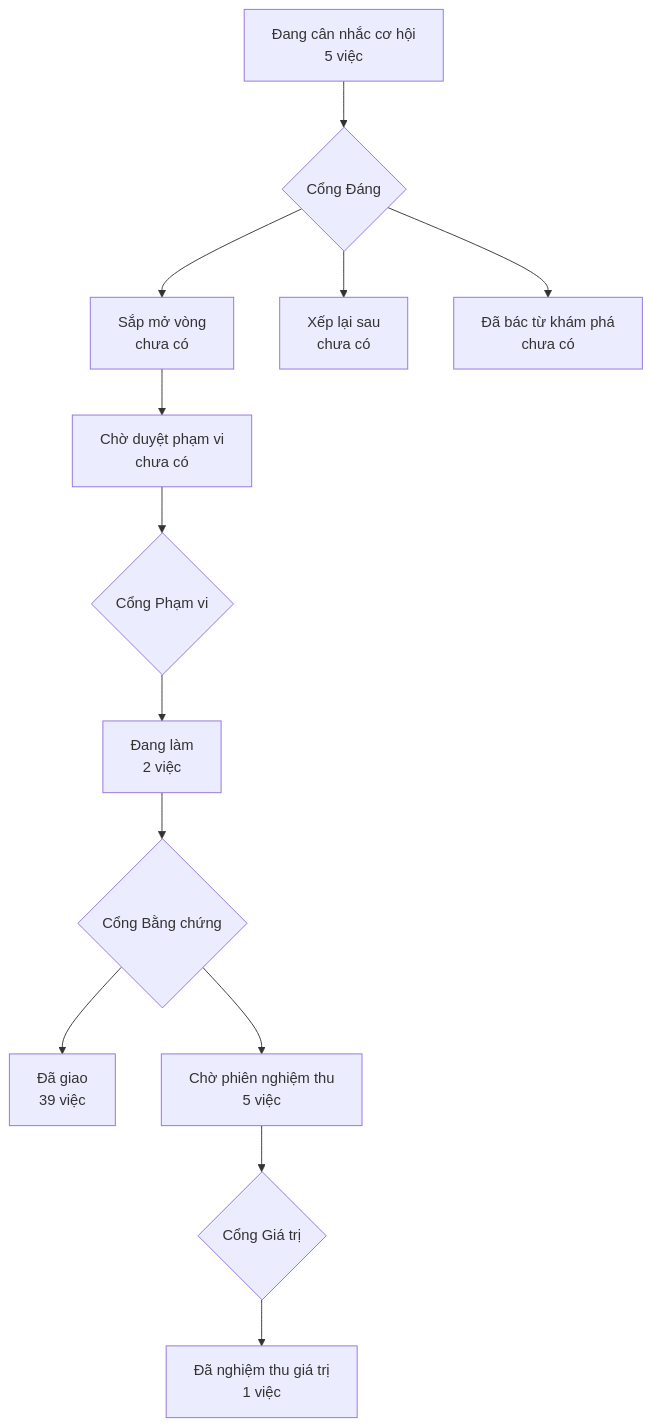
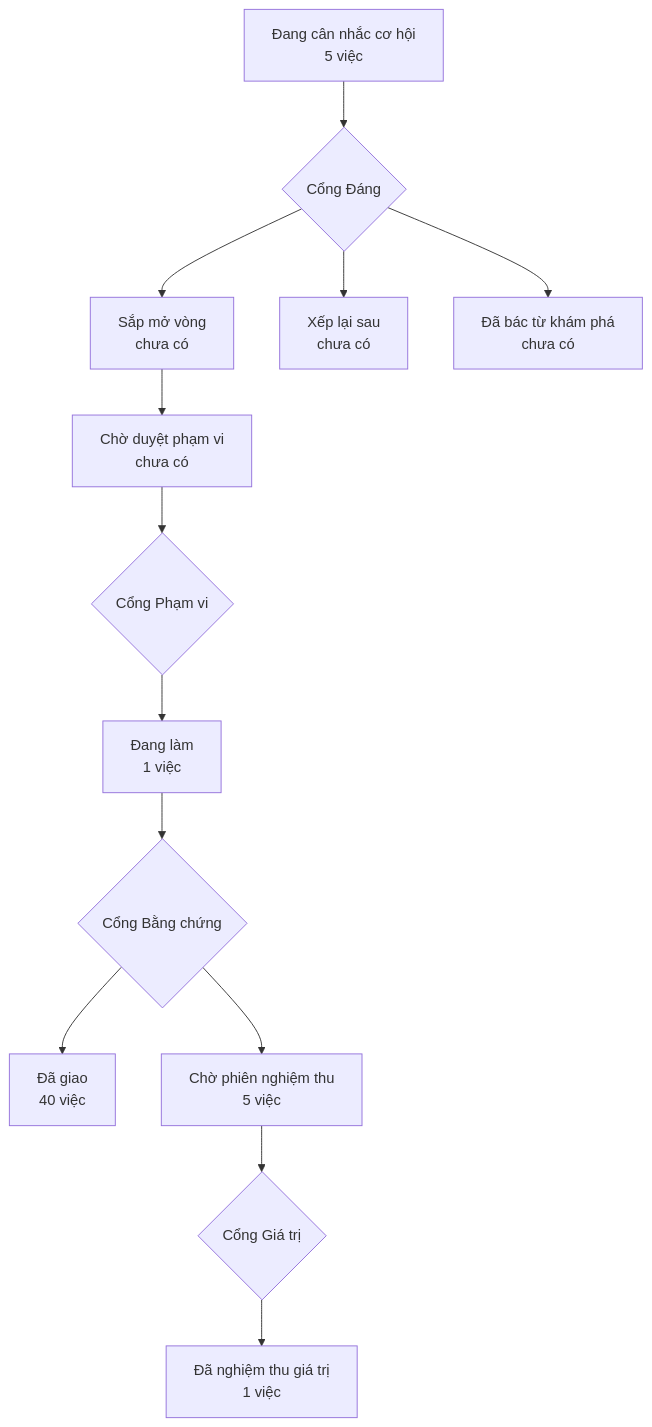
Before and after one commit to phanlemanh/crm-onehub: the diagram in PRODUCT-MAP.md, drawn with Mermaid. The commit also changed other lines of this file and 2 other files, not shown here.

Commit message:
observed: nhan-ung-dung-noi-tieng-viet — Phan Le Manh

````diff
--- a/PRODUCT-MAP.md
+++ b/PRODUCT-MAP.md
@@ -6,12 +6,12 @@
 ```mermaid
 flowchart TD
   A["Đang cân nhắc cơ hội<br/>5 việc"] --> GD{"Cổng Đáng"}
   GD --> B["Sắp mở vòng<br/>chưa có"]
   GD --> XL["Xếp lại sau<br/>chưa có"]
   GD --> DB["Đã bác từ khám phá<br/>chưa có"]
   B --> CD["Chờ duyệt phạm vi<br/>chưa có"] --> GP{"Cổng Phạm vi"}
-  GP --> DL["Đang làm<br/>2 việc"] --> GB{"Cổng Bằng chứng"}
-  GB --> DG["Đã giao<br/>39 việc"]
+  GP --> DL["Đang làm<br/>1 việc"] --> GB{"Cổng Bằng chứng"}
+  GB --> DG["Đã giao<br/>40 việc"]
   GB --> CN["Chờ phiên nghiệm thu<br/>5 việc"] --> GG{"Cổng Giá trị"}
   GG --> NT["Đã nghiệm thu giá trị<br/>1 việc"]
 ```
````
